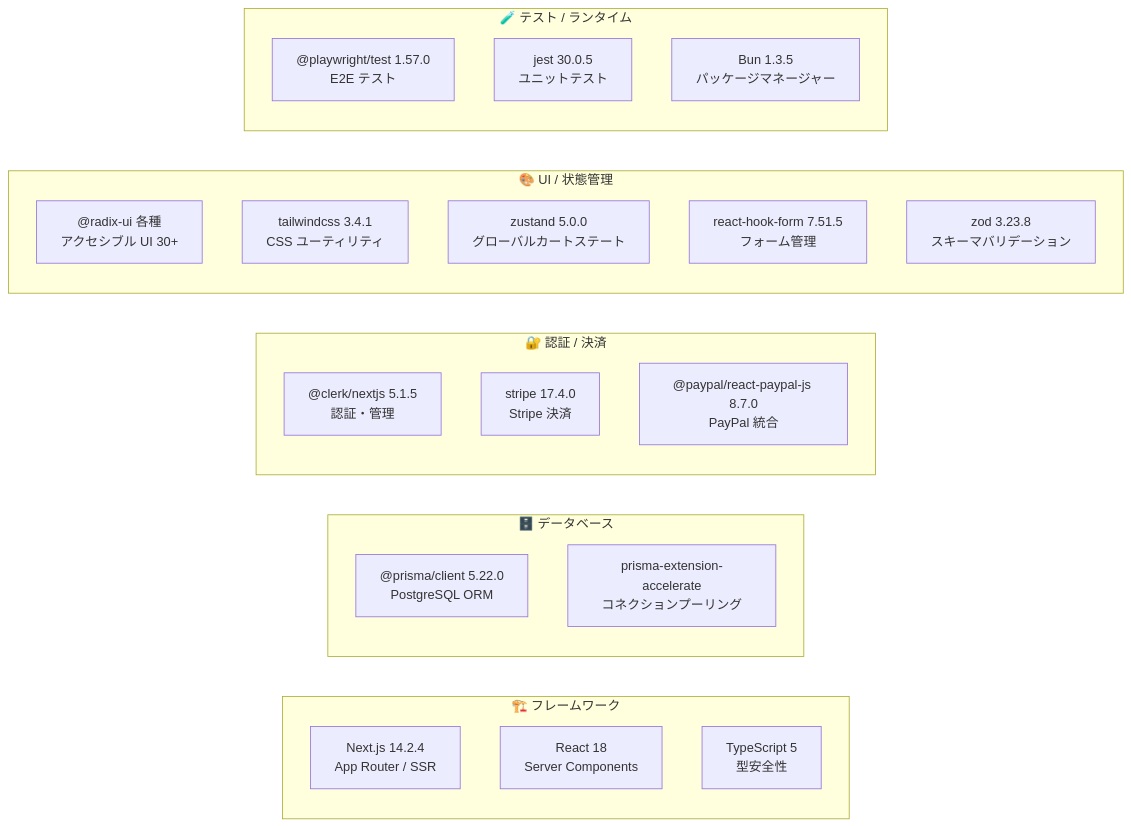
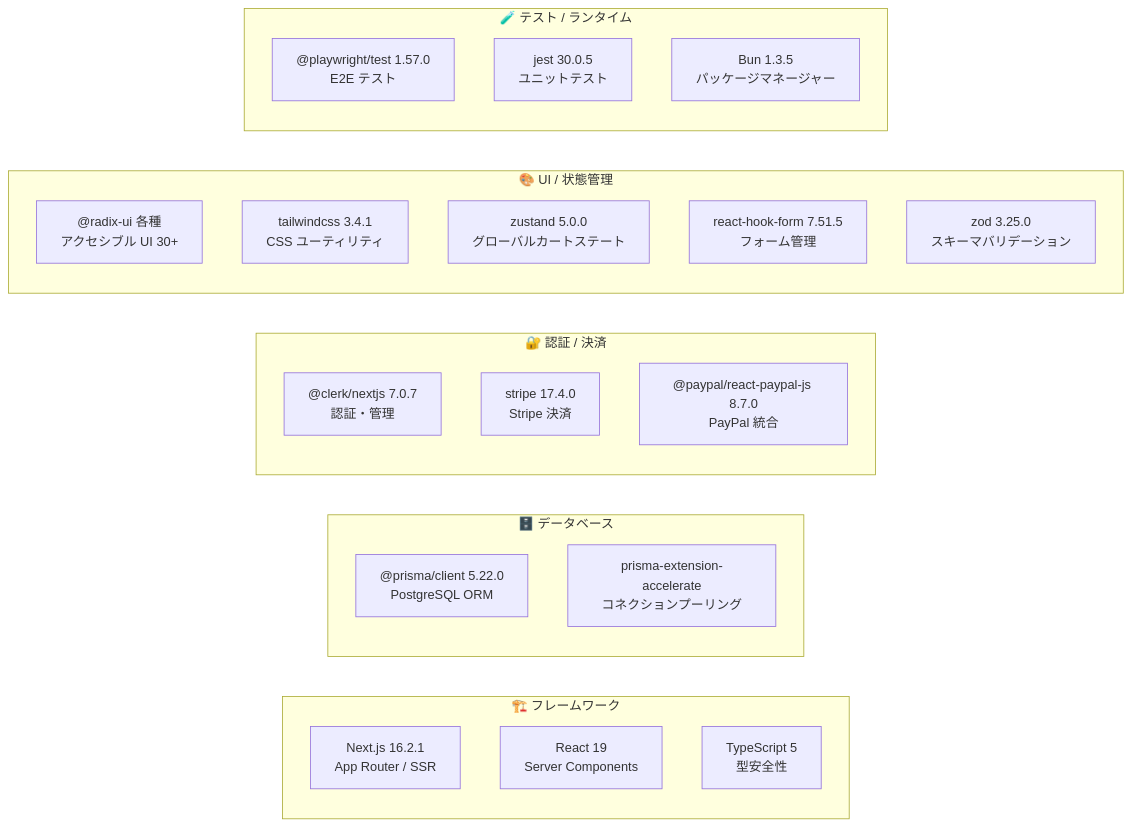
The second of 8 diagrams in README.md (myoshi2891/Multi-Vendor-E-Commerce), drawn with Mermaid before and after one commit. The commit also changed other lines of this file, not shown here.

Commit message:
docs: update tech stack versions in README to Next.js 16, React 19, and Clerk v7

````diff
--- a/README.md
+++ b/README.md
@@ -85,33 +85,33 @@
 ```mermaid
 graph LR
     subgraph FRAMEWORK["🏗️ フレームワーク"]
-        NEXT["Next.js 14.2.4<br>App Router / SSR"]
-        REACT["React 18<br>Server Components"]
+        NEXT["Next.js 16.2.1<br>App Router / SSR"]
+        REACT["React 19<br>Server Components"]
         TS["TypeScript 5<br>型安全性"]
     end
 
     subgraph DB_STACK["🗄️ データベース"]
         PRISMA["@prisma/client 5.22.0<br>PostgreSQL ORM"]
         ACCEL["prisma-extension-accelerate<br>コネクションプーリング"]
     end
 
     subgraph AUTH_PAY["🔐 認証 / 決済"]
-        CLERK2["@clerk/nextjs 5.1.5<br>認証・管理"]
+        CLERK2["@clerk/nextjs 7.0.7<br>認証・管理"]
         STRIPE2["stripe 17.4.0<br>Stripe 決済"]
         PP["@paypal/react-paypal-js 8.7.0<br>PayPal 統合"]
     end
 
     subgraph UI_STATE["🎨 UI / 状態管理"]
         RADIX["@radix-ui 各種<br>アクセシブル UI 30+"]
         TW["tailwindcss 3.4.1<br>CSS ユーティリティ"]
         ZUS["zustand 5.0.0<br>グローバルカートステート"]
         RHF["react-hook-form 7.51.5<br>フォーム管理"]
-        ZOD["zod 3.23.8<br>スキーマバリデーション"]
+        ZOD["zod 3.25.0<br>スキーマバリデーション"]
     end
 
     subgraph TESTING["🧪 テスト / ランタイム"]
         PW["@playwright/test 1.57.0<br>E2E テスト"]
         JEST["jest 30.0.5<br>ユニットテスト"]
         BUN["Bun 1.3.5<br>パッケージマネージャー"]
     end
 ```
````
